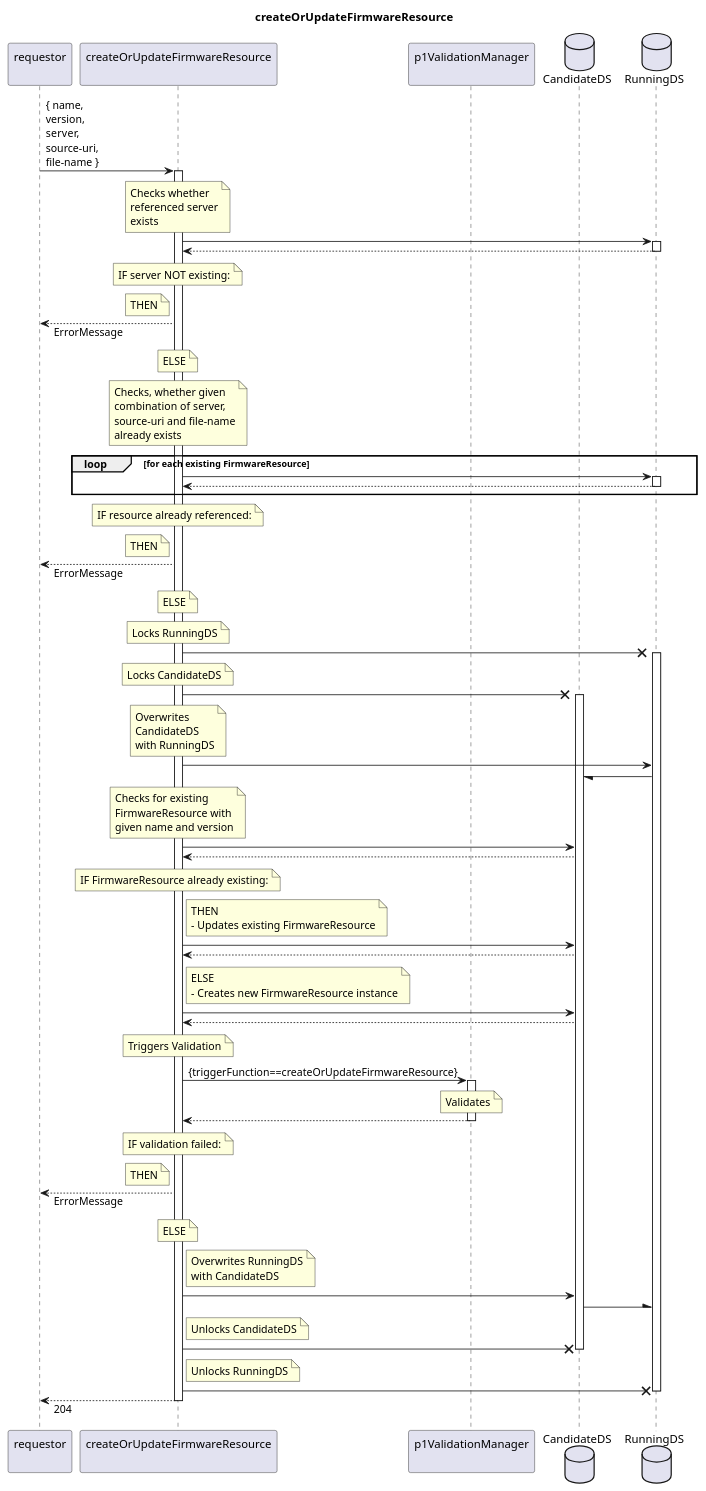
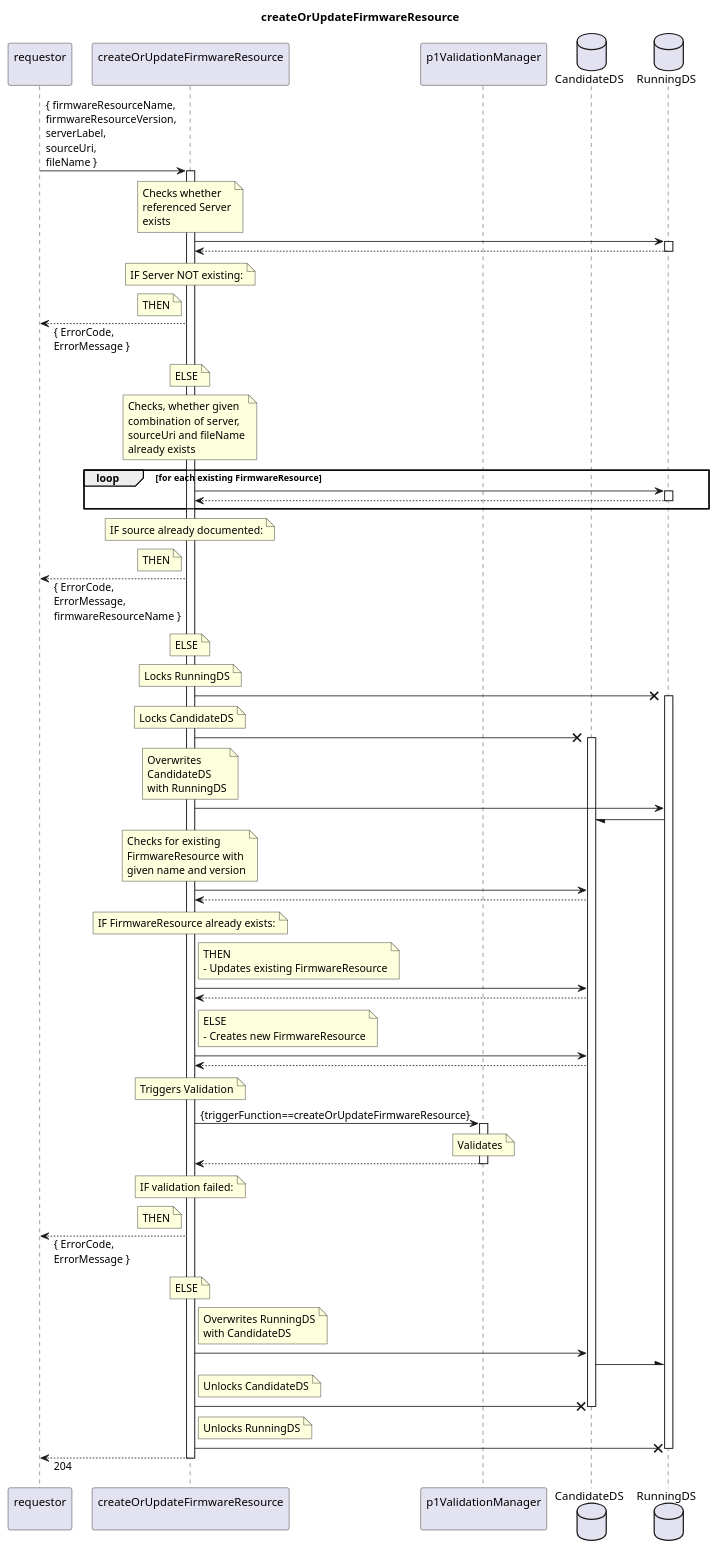
The diagram in spec/Services/createOrUpdateFirmwareResource/1.0.0/createOrUpdateFirmwareResource.plantuml (openBackhaul/FirmWareManager), drawn with PlantUML before and after one commit. The commit also changed 7 other files, not shown here.

```diff
--- a/spec/Services/createOrUpdateFirmwareResource/1.0.0/createOrUpdateFirmwareResource.plantuml
+++ b/spec/Services/createOrUpdateFirmwareResource/1.0.0/createOrUpdateFirmwareResource.plantuml
@@ -1,143 +1,143 @@
 @startuml createOrUpdateFirmwareResource
 skinparam responseMessageBelowArrow true
 
 title
   createOrUpdateFirmwareResource
 end title
 
 participant "requestor\n" as requestor
 participant "createOrUpdateFirmwareResource\n" as couFWR
 participant "p1ValidationManager\n" as valiMan
 database "CandidateDS" as CanDS
 database "RunningDS" as RunDS
 
-requestor -> couFWR: { name,\nversion,\nserver,\nsource-uri,\nfile-name }
+requestor -> couFWR: { firmwareResourceName,\nfirmwareResourceVersion,\nserverLabel,\nsourceUri,\nfileName }
 activate couFWR
 
   note over couFWR
     Checks whether
-    referenced server
+    referenced Server
     exists
   end note
   couFWR -> RunDS
   activate RunDS
   couFWR <-- RunDS
   deactivate RunDS
   note over couFWR
-    IF server NOT existing:
+    IF Server NOT existing:
   end note
   note left couFWR
     THEN
   end note
-  requestor <-- couFWR: ErrorMessage
+  requestor <-- couFWR: { ErrorCode,\nErrorMessage }
   note over couFWR
     ELSE
   end note
 
   note over couFWR
     Checks, whether given
     combination of server,
-    source-uri and file-name
+    sourceUri and fileName
     already exists
   end note
   loop for each existing FirmwareResource
     couFWR -> RunDS
     activate RunDS
     couFWR <-- RunDS
     deactivate RunDS
   end loop
   note over couFWR
-    IF resource already referenced:
+    IF source already documented:
   end note
   note left couFWR
     THEN
   end note
-  requestor <-- couFWR: ErrorMessage
+  requestor <-- couFWR: { ErrorCode,\nErrorMessage,\nfirmwareResourceName }
   note over couFWR
     ELSE
   end note
 
   note over couFWR
     Locks RunningDS
   end note
   couFWR -X RunDS
   activate RunDS
   note over couFWR
     Locks CandidateDS
   end note
   couFWR -X CanDS
   activate CanDS
   note over couFWR
     Overwrites
     CandidateDS
     with RunningDS
   end note
   couFWR -> RunDS
   RunDS -/ CanDS
 
   note over couFWR
     Checks for existing
     FirmwareResource with
     given name and version
   end note
   couFWR -> CanDS
   couFWR <-- CanDS
   note over couFWR
-    IF FirmwareResource already existing:
+    IF FirmwareResource already exists:
   end note
   note right couFWR
     THEN
     - Updates existing FirmwareResource
   end note
   couFWR -> CanDS
   couFWR <-- CanDS
   note right couFWR
     ELSE
-    - Creates new FirmwareResource instance
+    - Creates new FirmwareResource
   end note
   couFWR -> CanDS
   couFWR <-- CanDS
 
   note over couFWR
     Triggers Validation
   end note
   couFWR -> valiMan: {triggerFunction==createOrUpdateFirmwareResource}
   activate valiMan
     note over valiMan
       Validates
     end note
   couFWR <-- valiMan
   deactivate valiMan
   note over couFWR
     IF validation failed:
   end note
   note left couFWR
     THEN
   end note
-  requestor <-- couFWR: ErrorMessage
+  requestor <-- couFWR: { ErrorCode,\nErrorMessage }
   note over couFWR
     ELSE
   end note
 
   note right couFWR
     Overwrites RunningDS
     with CandidateDS
   end note
   couFWR -> CanDS
   CanDS -\ RunDS
   note right couFWR
     Unlocks CandidateDS
   end note
   couFWR -X CanDS
   deactivate CanDS
   note right couFWR
     Unlocks RunningDS
   end note
   couFWR -X RunDS
   deactivate RunDS
 
   requestor <-- couFWR: 204
 
 deactivate couFWR
 
 @enduml
```
